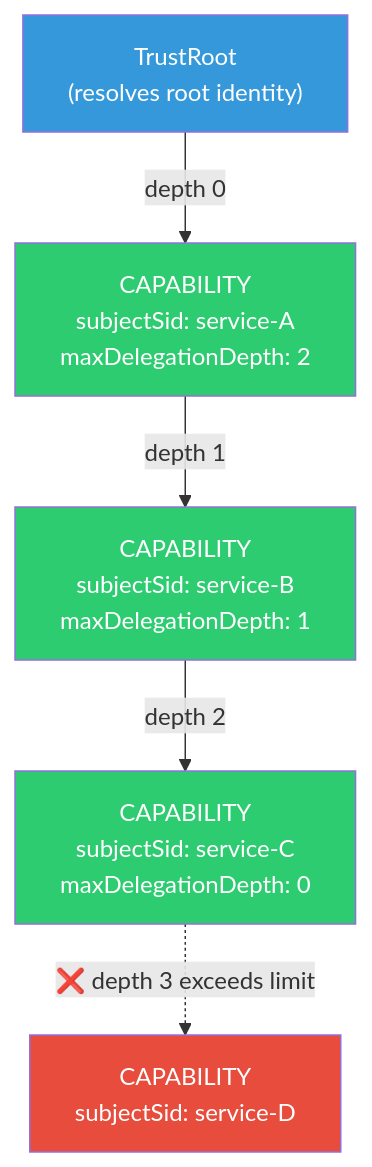
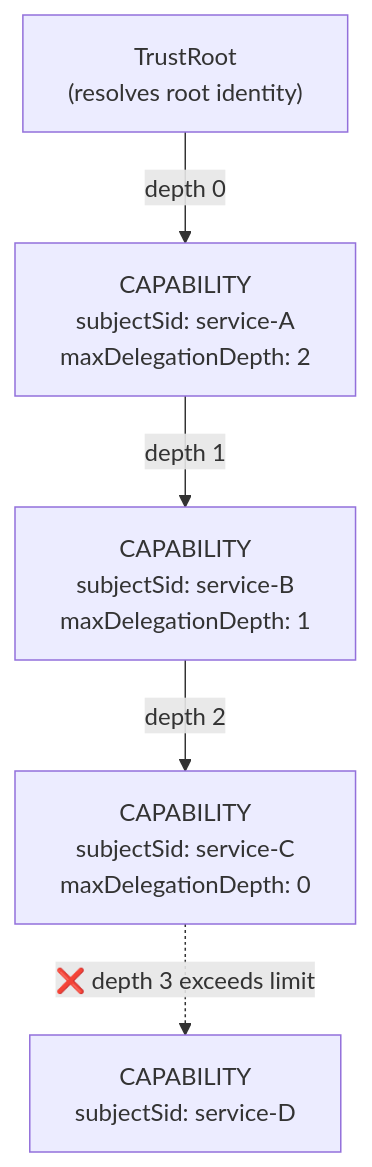
Before and after one commit to cyfko/veridot: the second of 3 diagrams in docs/docs/protocol/v4/capability.md, drawn with Mermaid. The commit also changed 25 other files, not shown here.

First line of the commit message:
style: remove colorful fill styles from Mermaid diagrams

````diff
--- a/docs/docs/protocol/v4/capability.md
+++ b/docs/docs/protocol/v4/capability.md
@@ -101,13 +101,8 @@
 ```mermaid
 graph TD
     TR["TrustRoot\n(resolves root identity)"] -->|"depth 0"| CAP1["CAPABILITY\nsubjectSid: service-A\nmaxDelegationDepth: 2"]
     CAP1 -->|"depth 1"| CAP2["CAPABILITY\nsubjectSid: service-B\nmaxDelegationDepth: 1"]
     CAP2 -->|"depth 2"| CAP3["CAPABILITY\nsubjectSid: service-C\nmaxDelegationDepth: 0"]
     CAP3 -.->|"❌ depth 3 exceeds limit"| CAP4["CAPABILITY\nsubjectSid: service-D"]
 
-    style TR fill:#3498db,color:#fff
-    style CAP1 fill:#2ecc71,color:#fff
-    style CAP2 fill:#2ecc71,color:#fff
-    style CAP3 fill:#2ecc71,color:#fff
-    style CAP4 fill:#e74c3c,color:#fff
 ```
````
